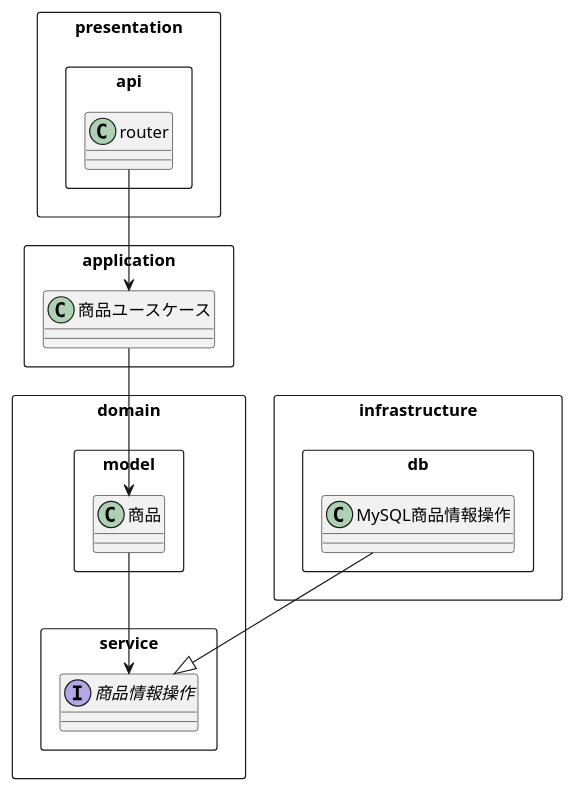
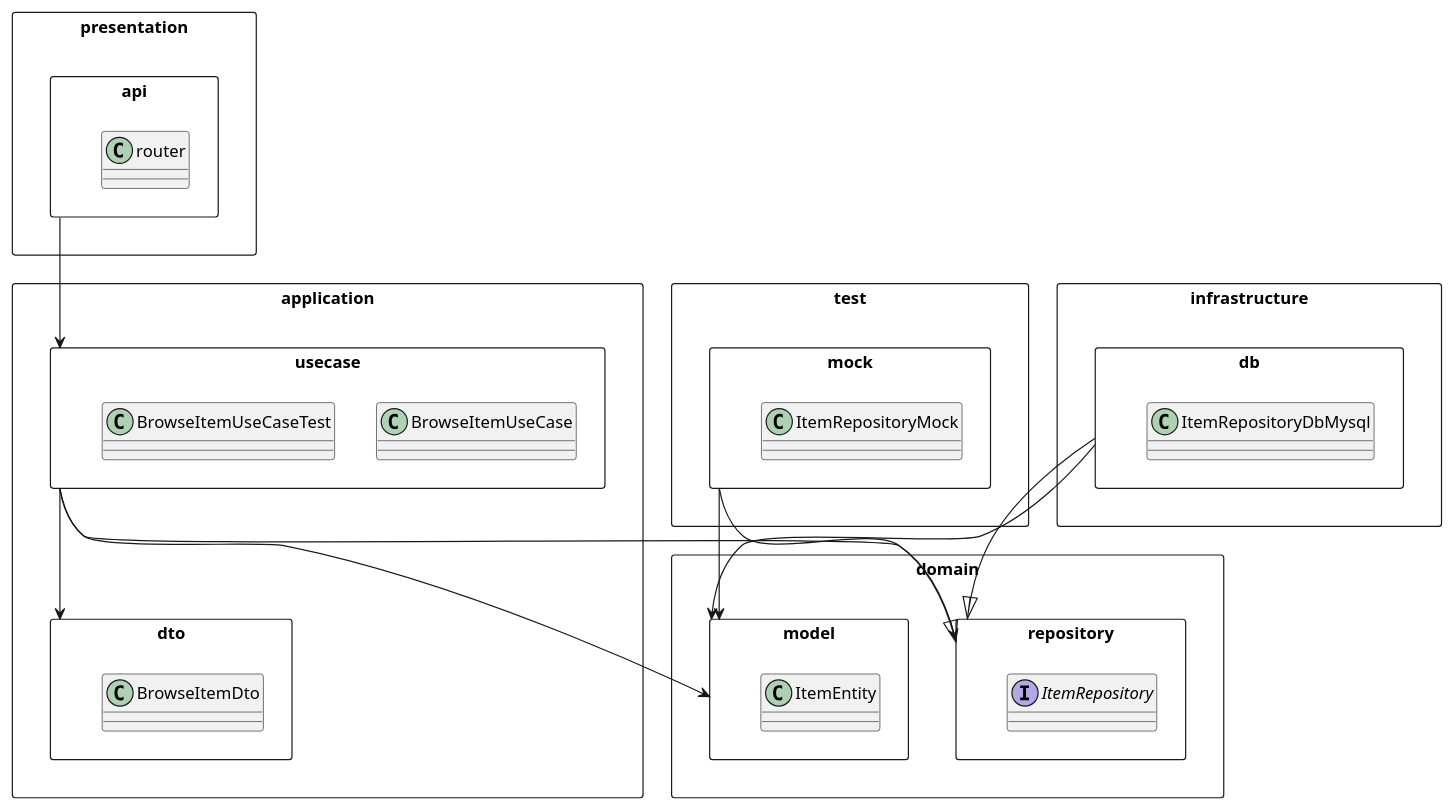
Before and after one commit to kenta4327/example-of-ec-site: the diagram in docs/class/class.pu, drawn with PlantUML. The commit also changed 1 other file, not shown here.

Commit message:
クラス図修正

```diff
--- a/docs/class/class.pu
+++ b/docs/class/class.pu
@@ -1,34 +1,50 @@
 @startuml class
 
 package presentation <<Rectangle>> {
     package api <<Rectangle>> {
         class router
     }
 }
 
+package test <<Rectangle>> {
+    package mock <<Rectangle>> {
+        class ItemRepositoryMock
+    }
+}
+
 package infrastructure <<Rectangle>> {
     package db <<Rectangle>> {
-        class MySQL商品情報操作
+        class ItemRepositoryDbMysql
     }
 }
 
 package application <<Rectangle>> {
-    class 商品ユースケース
+    package usecase <<Rectangle>> {
+        class BrowseItemUseCase
+        class BrowseItemUseCaseTest
+    }
+    package dto <<Rectangle>> {
+        class BrowseItemDto
+    }
 }
 
 package domain <<Rectangle>> {
-    package service <<Rectangle>> {
-        Interface 商品情報操作
+    package repository <<Rectangle>> {
+        Interface ItemRepository
     }
 
     package model <<Rectangle>> {
-        class 商品
+        class ItemEntity
     }
 }
 
-router --> 商品ユースケース
-商品ユースケース --> 商品
-商品 --> 商品情報操作
-MySQL商品情報操作 --|> 商品情報操作
+api --> usecase
+usecase --> repository
+usecase --> model
+usecase --> dto
+db --|> repository
+db --> model
+mock --|> repository
+mock --> model
 
 @enduml
```
